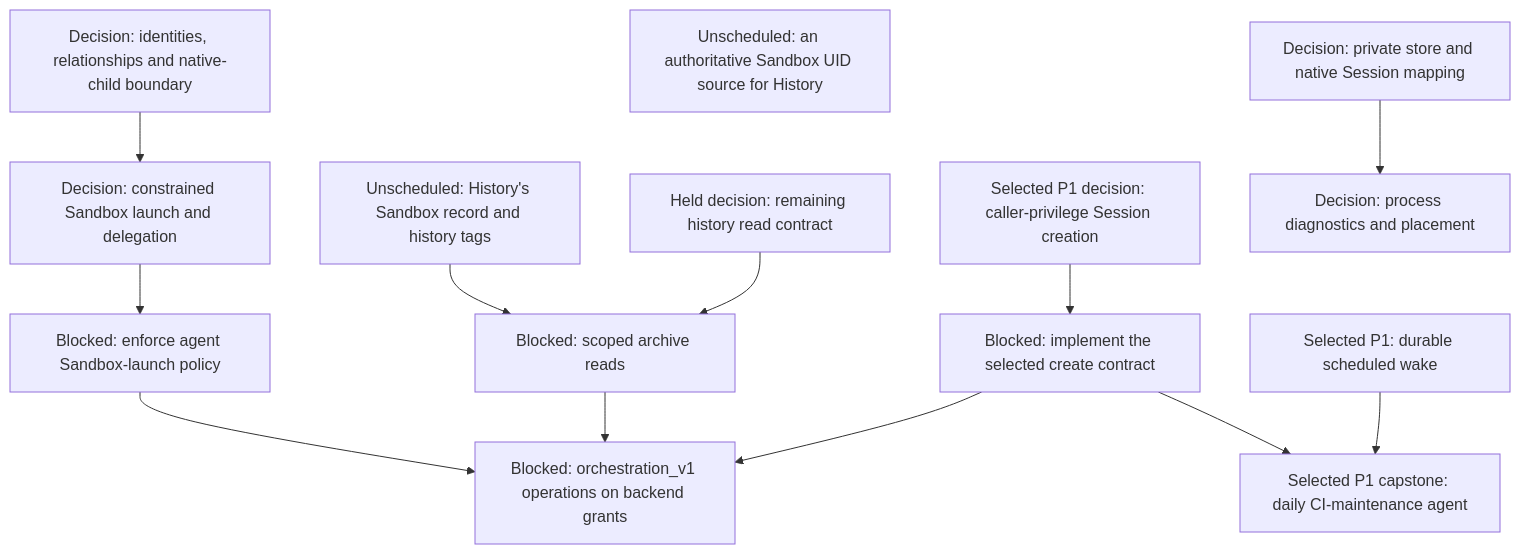
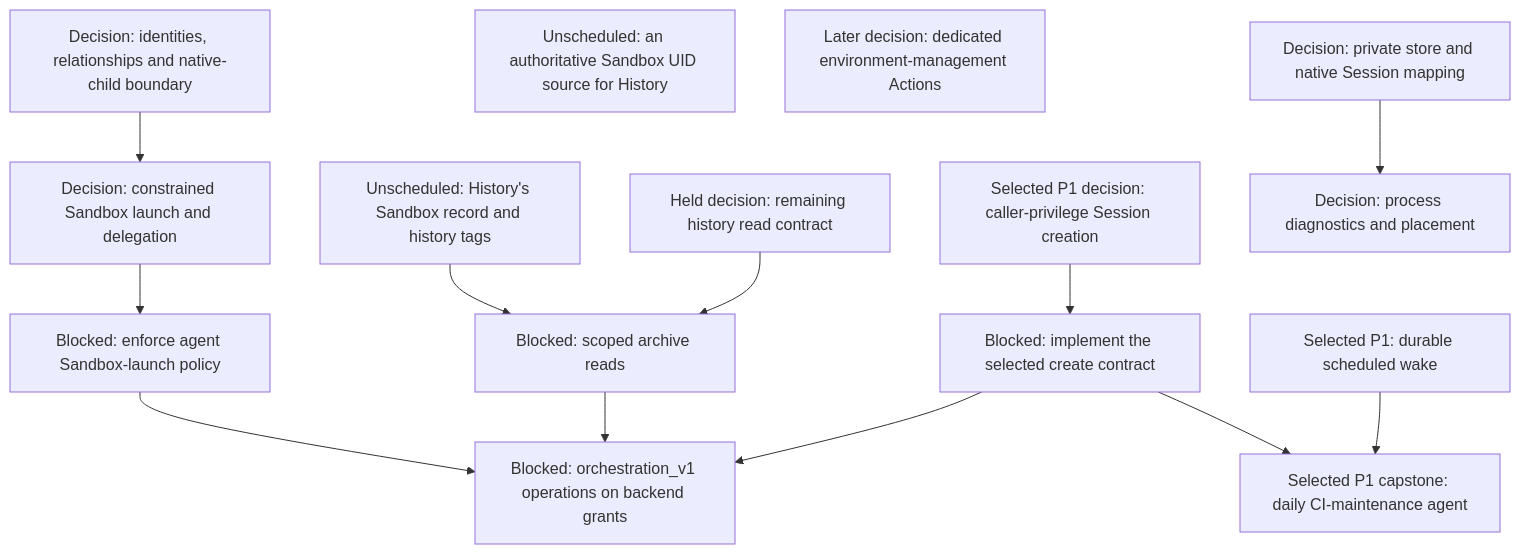
Before and after one commit to agentydragon/ducktape: the fourth of 18 diagrams in agentplane/plans/task_dag.md, drawn with Mermaid. The commit also changed other lines of this file and 1 other file, not shown here.

Commit message:
Specify environment tools and delegation approval contracts

````diff
--- a/agentplane/plans/task_dag.md
+++ b/agentplane/plans/task_dag.md
@@ -373,28 +373,29 @@
 ```mermaid
 flowchart TD
     MULTIAGENT_MODEL[Decision: identities, relationships and native-child boundary]
     THREAD_READ_POLICY_DESIGN[Held decision: remaining history read contract]
     HISTORY_SANDBOX_RECORD[Unscheduled: History's Sandbox record and history tags]
     THREAD_READ_POLICY[Blocked: scoped archive reads]
     HISTORY_SANDBOX_ASSOCIATION_SOURCE[Unscheduled: an authoritative Sandbox UID source for History]
     THREAD_CREATE_POLICY[Selected P1 decision: caller-privilege Session creation]
     THREAD_CREATE_AUTHORIZATION[Blocked: implement the selected create contract]
+    ENVIRONMENT_ACTIONS_DESIGN[Later decision: dedicated environment-management Actions]
     AGENT_LAUNCH_POLICY_DESIGN[Decision: constrained Sandbox launch and delegation]
     AGENT_SANDBOX_LAUNCH[Blocked: enforce agent Sandbox-launch policy]
     MULTIAGENT_MODEL --> AGENT_LAUNCH_POLICY_DESIGN
     THREAD_READ_POLICY_DESIGN --> THREAD_READ_POLICY
     HISTORY_SANDBOX_RECORD --> THREAD_READ_POLICY
     THREAD_CREATE_POLICY --> THREAD_CREATE_AUTHORIZATION
     SCHEDULED_AGENT_WAKE[Selected P1: durable scheduled wake]
     DAILY_CI_AGENT[Selected P1 capstone: daily CI-maintenance agent]
     SCHEDULED_AGENT_WAKE --> DAILY_CI_AGENT
     THREAD_CREATE_AUTHORIZATION --> DAILY_CI_AGENT
     AGENT_LAUNCH_POLICY_DESIGN --> AGENT_SANDBOX_LAUNCH
     ORCHESTRATION_V1_BACKEND_GRANTS[Blocked: orchestration_v1 operations on backend grants]
     THREAD_CREATE_AUTHORIZATION --> ORCHESTRATION_V1_BACKEND_GRANTS
     THREAD_READ_POLICY --> ORCHESTRATION_V1_BACKEND_GRANTS
     AGENT_SANDBOX_LAUNCH --> ORCHESTRATION_V1_BACKEND_GRANTS
     RUNNER_HARNESS_OBJECTS_DESIGN[Decision: process diagnostics and placement]
     HARNESS_IDENTITY_DESIGN[Decision: private store and native Session mapping]
     HARNESS_IDENTITY_DESIGN --> RUNNER_HARNESS_OBJECTS_DESIGN
 ```
````
